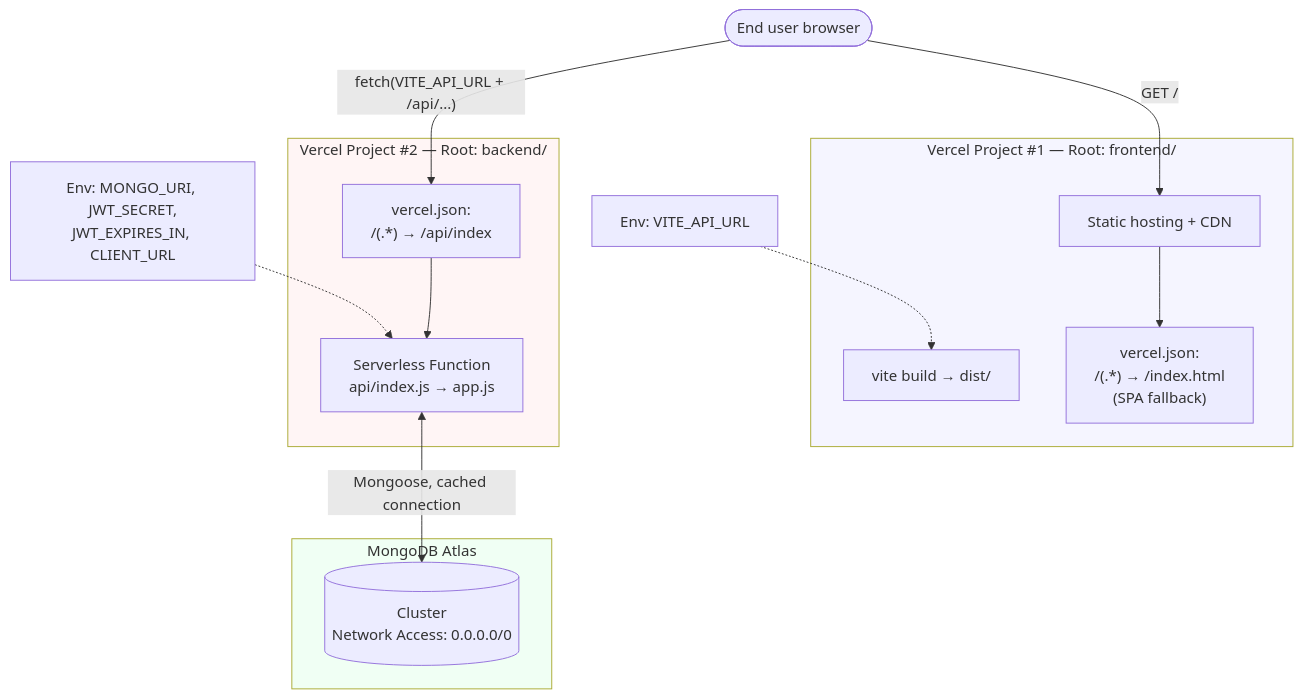
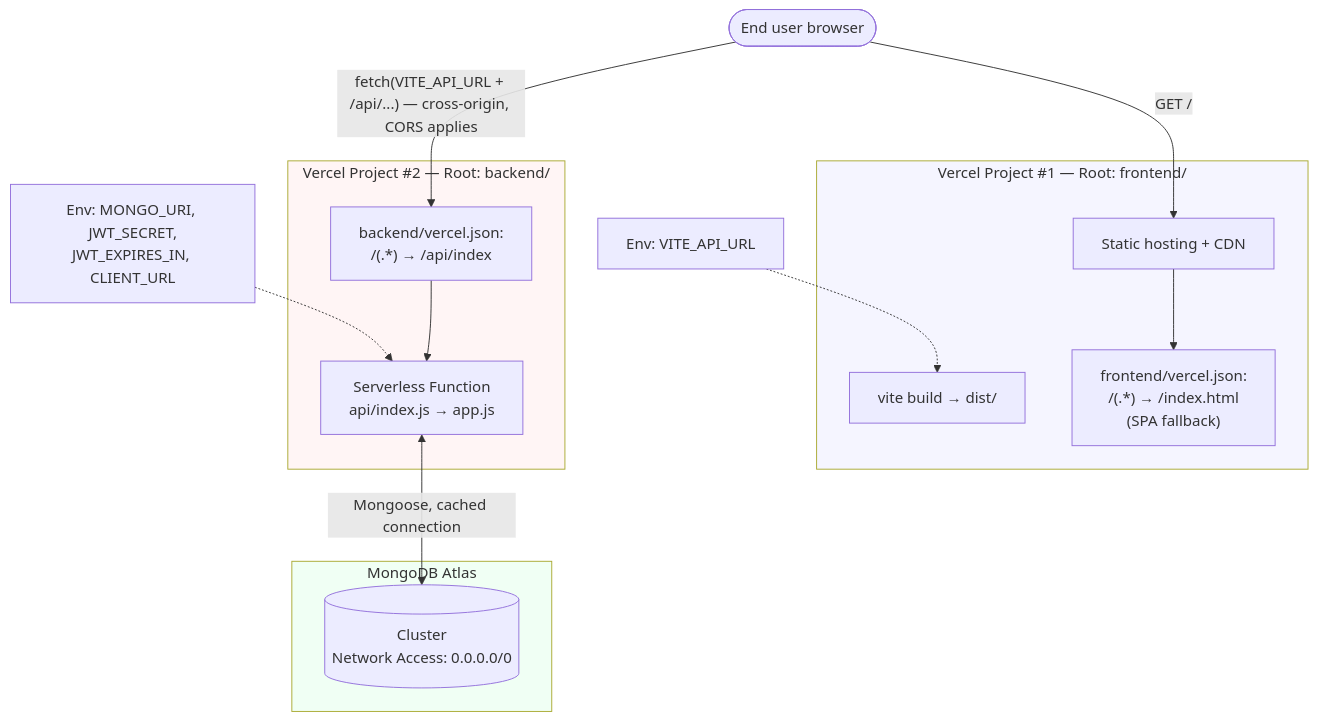
Before and after one commit to sizwendlovu01/AirBnb-Clone: the seventh of 7 diagrams in docs/ARCHITECTURE_DIAGRAMS.md, drawn with Mermaid. The commit also changed other lines of this file and 5 other files, not shown here.

````diff
--- a/docs/ARCHITECTURE_DIAGRAMS.md
+++ b/docs/ARCHITECTURE_DIAGRAMS.md
@@ -223,30 +256,30 @@
 ```mermaid
 flowchart TB
     subgraph VercelFE["Vercel Project #1 — Root: frontend/"]
         Build1["vite build → dist/"]
         CDN["Static hosting + CDN"]
-        Rewrite1["vercel.json:<br/>/(.*) → /index.html<br/>(SPA fallback)"]
+        Rewrite1["frontend/vercel.json:<br/>/(.*) → /index.html<br/>(SPA fallback)"]
     end
 
     subgraph VercelBE["Vercel Project #2 — Root: backend/"]
-        Rewrite2["vercel.json:<br/>/(.*) → /api/index"]
-        Fn["Serverless Function<br/>api/index.js → app.js"]
+        Rewrite2["backend/vercel.json:<br/>/(.*) → /api/index"]
+        Fn2["Serverless Function<br/>api/index.js → app.js"]
     end
 
-    subgraph Atlas["MongoDB Atlas"]
-        DB[("Cluster<br/>Network Access: 0.0.0.0/0")]
+    subgraph Atlas2["MongoDB Atlas"]
+        DB2[("Cluster<br/>Network Access: 0.0.0.0/0")]
     end
 
     EnvFE["Env: VITE_API_URL"] -.-> Build1
-    EnvBE["Env: MONGO_URI, JWT_SECRET,<br/>JWT_EXPIRES_IN, CLIENT_URL"] -.-> Fn
+    EnvBE2["Env: MONGO_URI, JWT_SECRET,<br/>JWT_EXPIRES_IN, CLIENT_URL"] -.-> Fn2
 
-    User(["End user browser"]) -->|GET /| CDN
+    User2(["End user browser"]) -->|GET /| CDN
     CDN --> Rewrite1
-    User -->|"fetch(VITE_API_URL + /api/...)"| Rewrite2
-    Rewrite2 --> Fn
-    Fn <-->|Mongoose, cached connection| DB
+    User2 -->|"fetch(VITE_API_URL + /api/...) — cross-origin, CORS applies"| Rewrite2
+    Rewrite2 --> Fn2
+    Fn2 <-->|Mongoose, cached connection| DB2
 
     style VercelFE fill:#f5f5ff
     style VercelBE fill:#fff5f5
-    style Atlas fill:#f0fff4
+    style Atlas2 fill:#f0fff4
 ```
````
